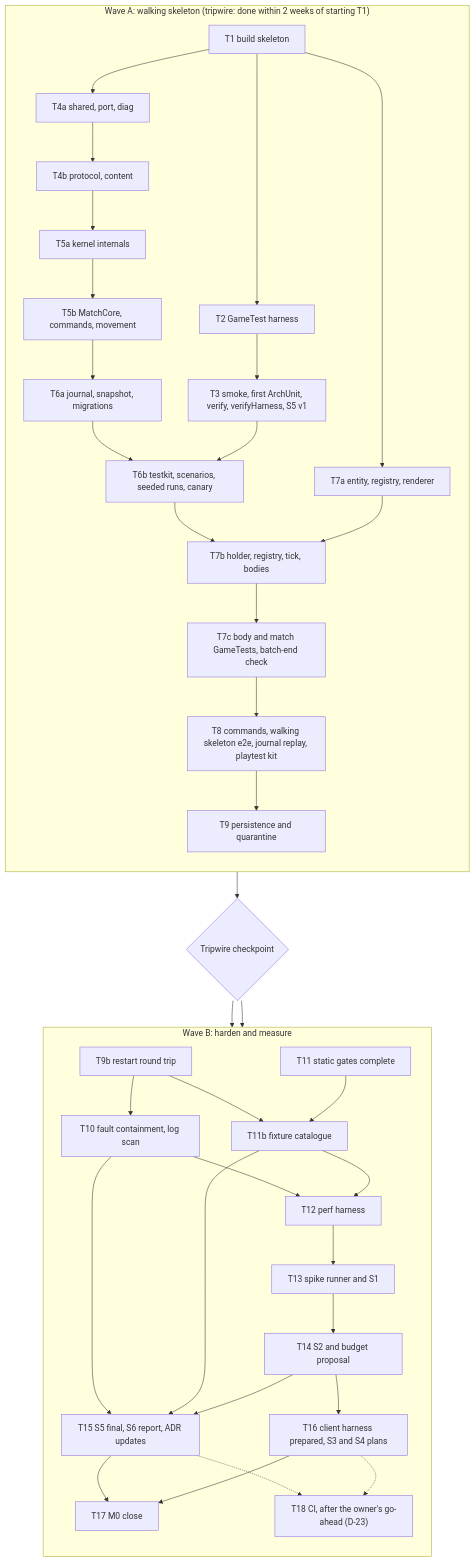
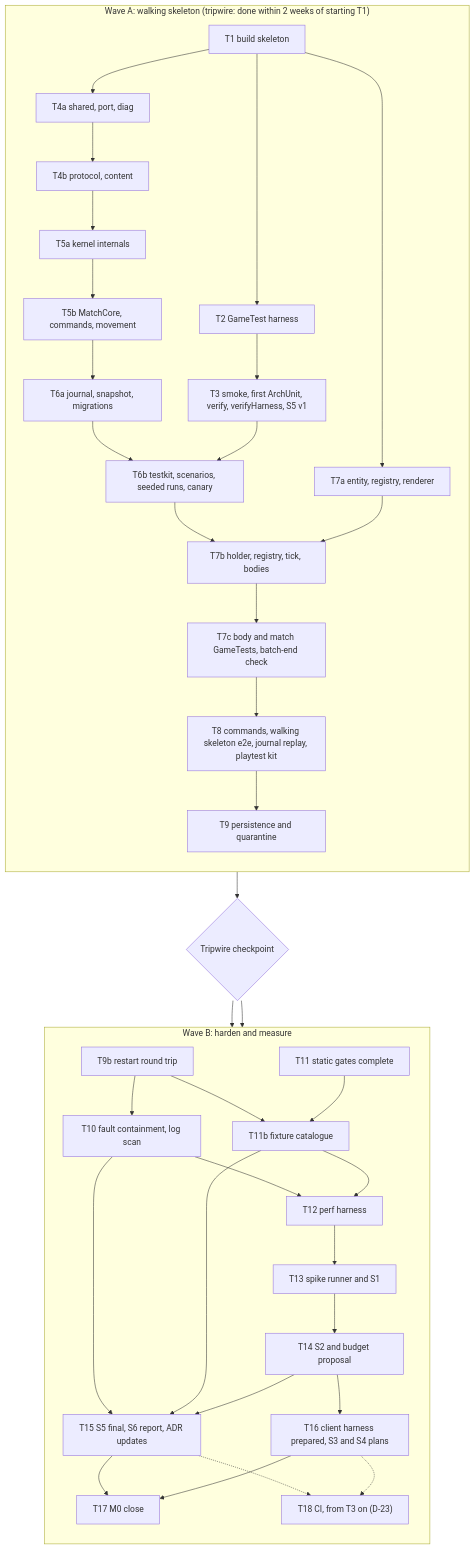
One commit to o-e-lytvynskyi/strategos changed the fourth of 4 diagrams in docs/milestones/M0-foundation.md. Above: the diagram before and after it, drawn with Mermaid. The commit also changed other lines of this file and 6 other files, not shown here.

````diff
--- a/docs/milestones/M0-foundation.md
+++ b/docs/milestones/M0-foundation.md
@@ -3623,39 +3621,39 @@
 ```mermaid
 flowchart TB
   subgraph A["Wave A: walking skeleton (tripwire: done within 2 weeks of starting T1)"]
     direction TB
     T1["T1 build skeleton"] --> T2["T2 GameTest harness"] --> T3["T3 smoke, first ArchUnit, verify, verifyHarness, S5 v1"]
     T1 --> T4a["T4a shared, port, diag"] --> T4b["T4b protocol, content"] --> T5a["T5a kernel internals"] --> T5b["T5b MatchCore, commands, movement"]
     T5b --> T6a["T6a journal, snapshot, migrations"] --> T6b["T6b testkit, scenarios, seeded runs, canary"]
     T3 --> T6b
     T1 --> T7a["T7a entity, registry, renderer"]
     T6b --> T7b["T7b holder, registry, tick, bodies"]
     T7a --> T7b --> T7c["T7c body and match GameTests, batch-end check"] --> T8["T8 commands, walking skeleton e2e, journal replay, playtest kit"] --> T9["T9 persistence and quarantine"]
   end
   T9 --> CP{"Tripwire checkpoint"}
   CP --> T9b["T9b restart round trip"]
   CP --> T11["T11 static gates complete"]
   T9b --> T10["T10 fault containment, log scan"]
   T9b --> T11b["T11b fixture catalogue"]
   T11 --> T11b
   T10 --> T12["T12 perf harness"]
   T11b --> T12
   subgraph B["Wave B: harden and measure"]
     direction TB
     T9b
     T10
     T11
     T11b
     T12 --> T13["T13 spike runner and S1"] --> T14["T14 S2 and budget proposal"] --> T16["T16 client harness prepared, S3 and S4 plans"]
     T15["T15 S5 final, S6 report, ADR updates"]
     T17["T17 M0 close"]
-    T18["T18 CI, after the owner's go-ahead (D-23)"]
+    T18["T18 CI, from T3 on (D-23)"]
   end
   T10 --> T15
   T11b --> T15
   T14 --> T15
   T15 --> T17
   T16 --> T17
   T15 -.-> T18
   T16 -.-> T18
 ```
````
